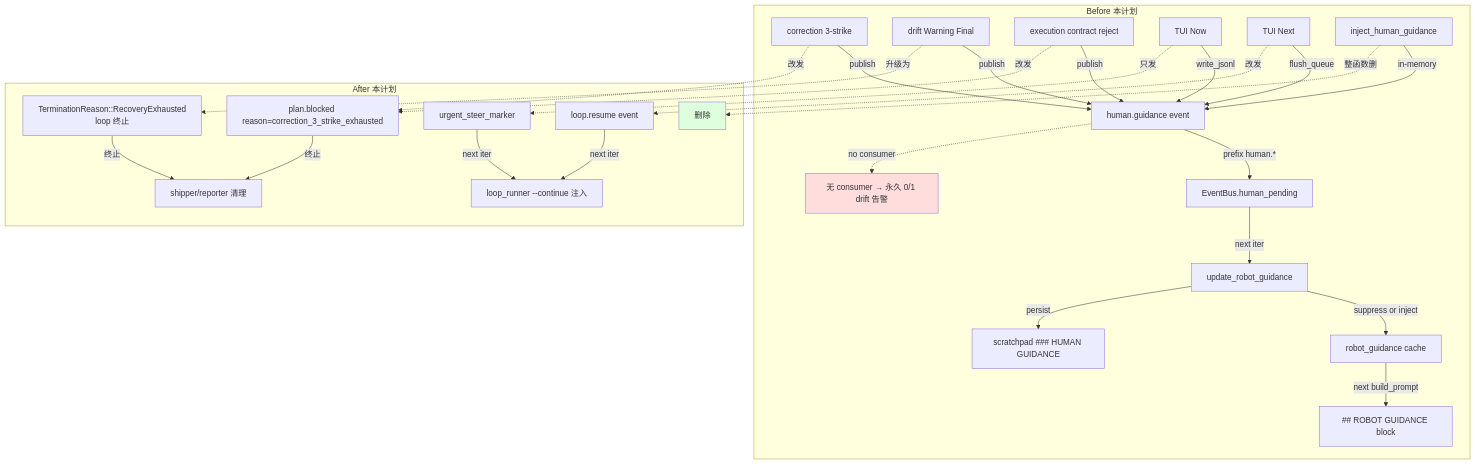
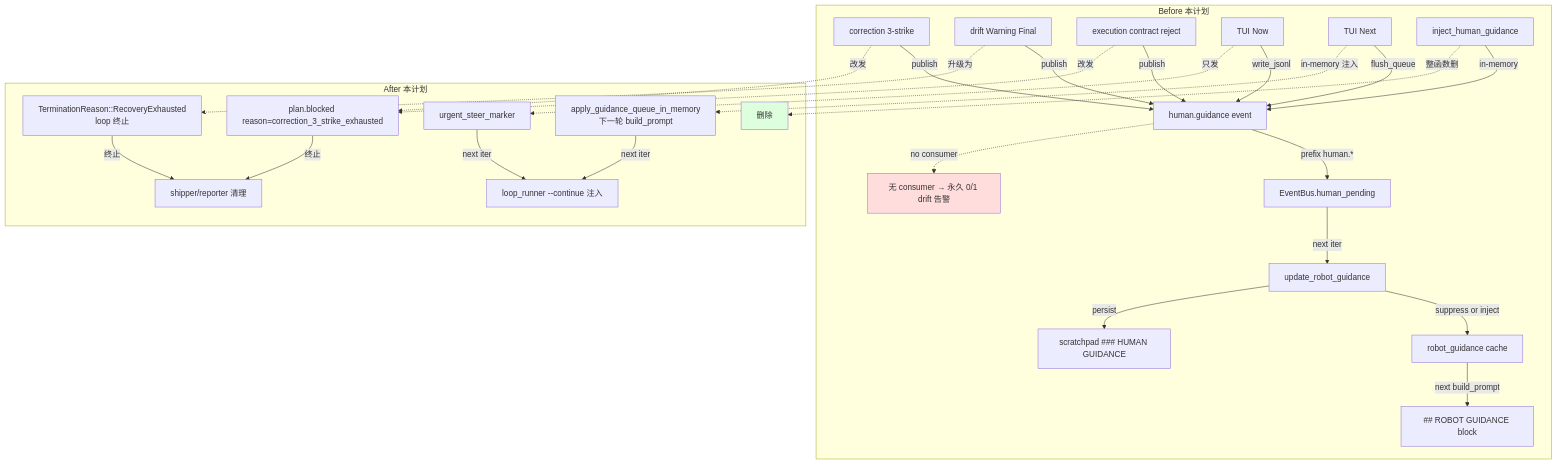
The first of 3 diagrams in docs/plans/2026-06-28-005-refactor-remove-human-guidance-topic-plan.md (pittcat/ralph-orchestrator), drawn with Mermaid before and after one commit. The commit also changed other lines of this file, not shown here.

First line of the commit message:
docs(plans): 深化 human.guidance topic 剔除计划 - 明细 emit/inbound 分类 + KTD 决策追溯

````diff
--- a/docs/plans/2026-06-28-005-refactor-remove-human-guidance-topic-plan.md
+++ b/docs/plans/2026-06-28-005-refactor-remove-human-guidance-topic-plan.md
@@ -270,31 +315,31 @@
 ```mermaid
 flowchart TB
     subgraph BEFORE["Before 本计划"]
         A1[correction 3-strike] -->|publish| B1[human.guidance event]
         A2[drift Warning Final] -->|publish| B1
         A3[execution contract reject] -->|publish| B1
         A4[TUI Now] -->|write_jsonl| B1
         A5[TUI Next] -->|flush_queue| B1
         A6[inject_human_guidance] -->|in-memory| B1
         B1 -->|prefix human.*| C1[EventBus.human_pending]
         C1 -->|next iter| D1[update_robot_guidance]
         D1 -->|suppress or inject| E1[robot_guidance cache]
         D1 -->|persist| F1[scratchpad ### HUMAN GUIDANCE]
         E1 -->|next build_prompt| G1[## ROBOT GUIDANCE block]
         B1 -.->|no consumer| H1[无 consumer → 永久 0/1 drift 告警]
     end
     subgraph AFTER["After 本计划"]
         A1 -.->|改发| I1[plan.blocked reason=correction_3_strike_exhausted]
         A2 -.->|升级为| I2[TerminationReason::RecoveryExhausted<br/>loop 终止]
         A3 -.->|改发| I1
         A4 -.->|只发| J1[urgent_steer_marker]
-        A5 -.->|改发| I3[loop.resume event]
+        A5 -.->|in-memory 注入| I3[apply_guidance_queue_in_memory<br/>下一轮 build_prompt]
         A6 -.->|整函数删| K1[删除]
         I1 -->|终止| L1[shipper/reporter 清理]
         I2 -->|终止| L1
         I3 -->|next iter| M1[loop_runner --continue 注入]
         J1 -->|next iter| M1
     end
     style H1 fill:#fdd
     style K1 fill:#dfd
 ```
````
